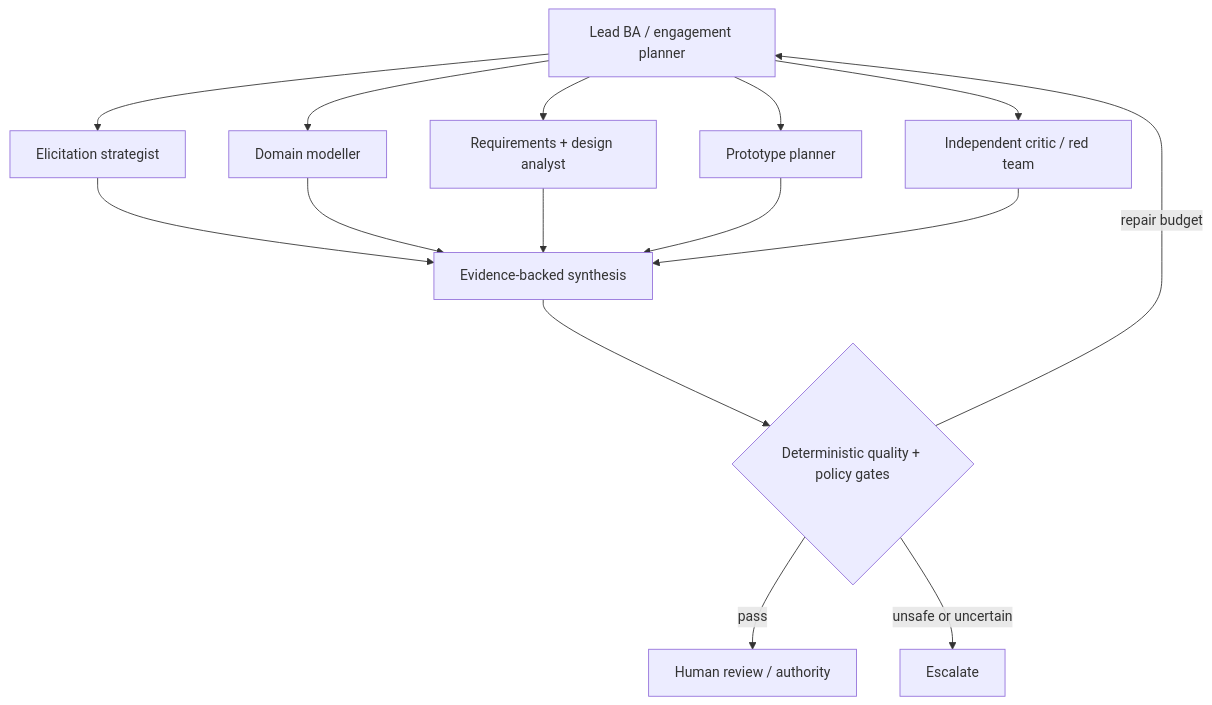
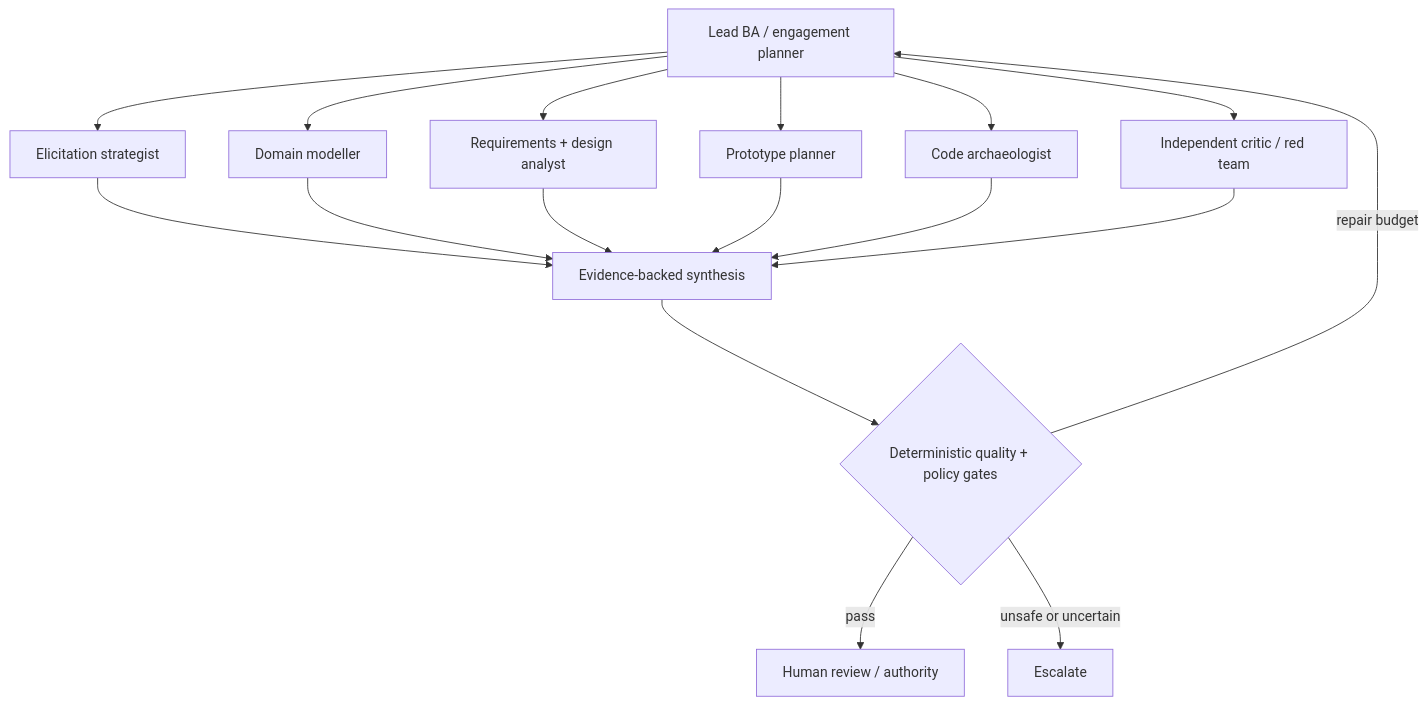
One commit to Lelekhoa1812/CollabX changed the first of 2 diagrams in docs/intelligence/agents-memory-rag.md. Above: the diagram before and after it, drawn with Mermaid. The commit also changed other lines of this file and 28 other files, not shown here.

````diff
--- a/docs/intelligence/agents-memory-rag.md
+++ b/docs/intelligence/agents-memory-rag.md
@@ -11,17 +11,19 @@
 ```mermaid
 flowchart TD
   L["Lead BA / engagement planner"] --> E["Elicitation strategist"]
   L --> D["Domain modeller"]
   L --> R["Requirements + design analyst"]
   L --> P["Prototype planner"]
+  L --> A["Code archaeologist"]
   L --> C["Independent critic / red team"]
   E --> SYN["Evidence-backed synthesis"]
   D --> SYN
   R --> SYN
   P --> SYN
+  A --> SYN
   C --> SYN
   SYN --> G{"Deterministic quality + policy gates"}
   G -->|pass| H["Human review / authority"]
   G -->|repair budget| L
   G -->|unsafe or uncertain| X["Escalate"]
 ```
````
